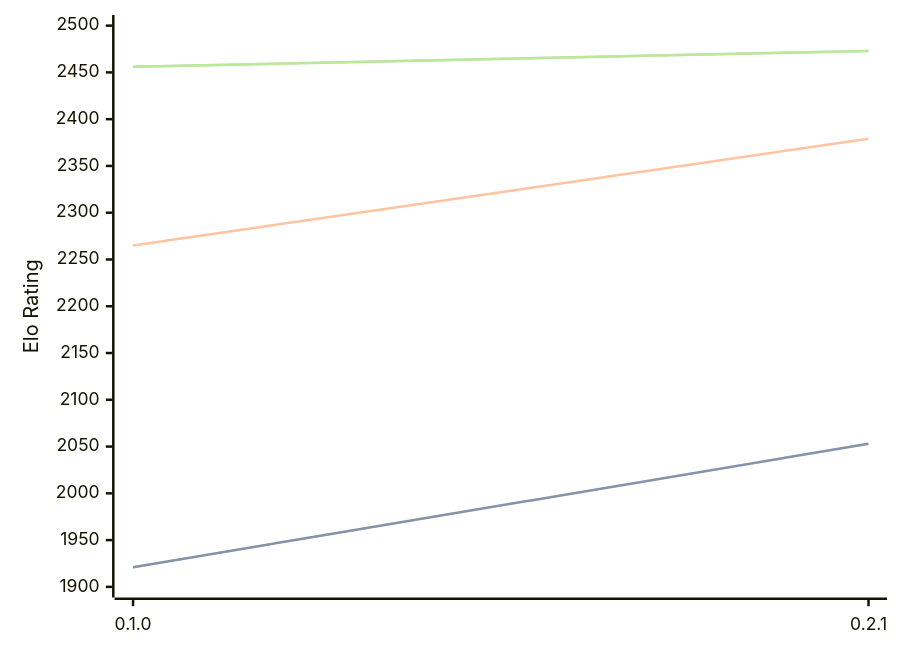
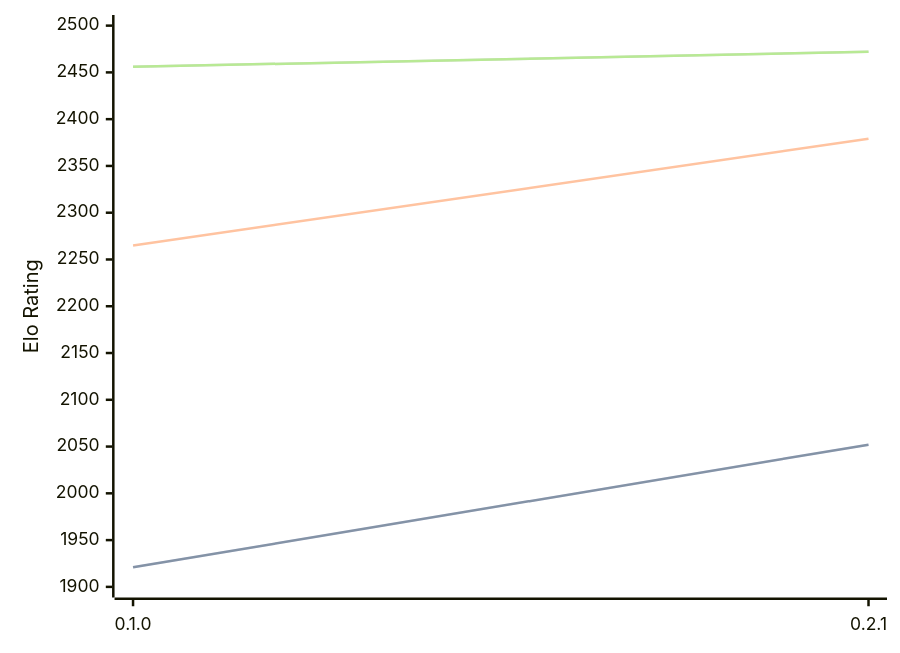
The diagram in engines/Sykora.md (computer-chess-index/cci), drawn with Mermaid before and after one commit. The commit also changed other lines of this file, not shown here.

Commit message:
Update CCI Ratings (ELO VLTC) - 2026-04-20

````diff
--- a/engines/Sykora.md
+++ b/engines/Sykora.md
@@ -33,11 +33,11 @@
 ```mermaid
 %%{init: {"theme":"base","themeVariables":{"seriesColors:['#a3a3a3','#222221','#faa371']}}}%%
 xychart-beta
   x-axis ["0.1.0", "0.2.1"]
   y-axis "Elo Rating" 1900 --> 2500
-  line "STC (8.0+0.08s)" [1921, 2053]
-  line "STC (8.0+0.08s)" [1921, 2053]
+  line "STC (8.0+0.08s)" [1921, 2052]
+  line "STC (8.0+0.08s)" [1921, 2052]
   line "LTC (60.0+0.60s)" [2265, 2379]
-  line "VLTC (2m24s+1.12s)" [2456, 2473]
-  line "VLTC (2m24s+1.12s)" [2456, 2473]
+  line "VLTC (2m24s+1.12s)" [2456, 2472]
+  line "VLTC (2m24s+1.12s)" [2456, 2472]
 ```
````
